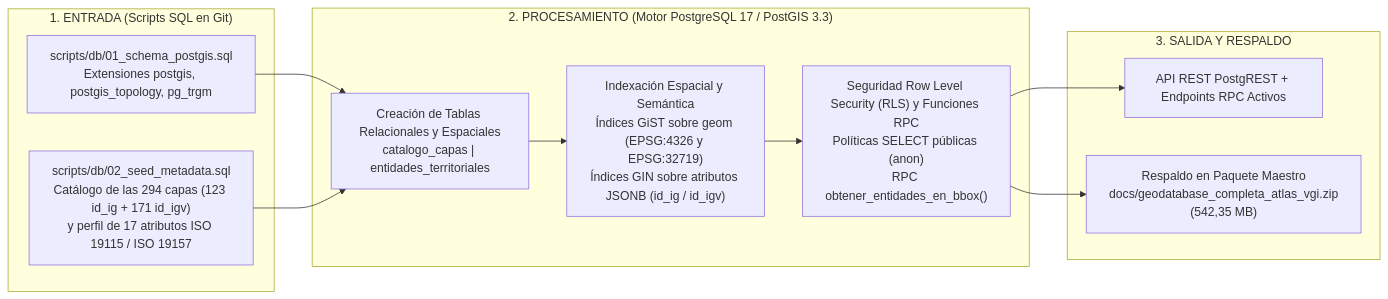
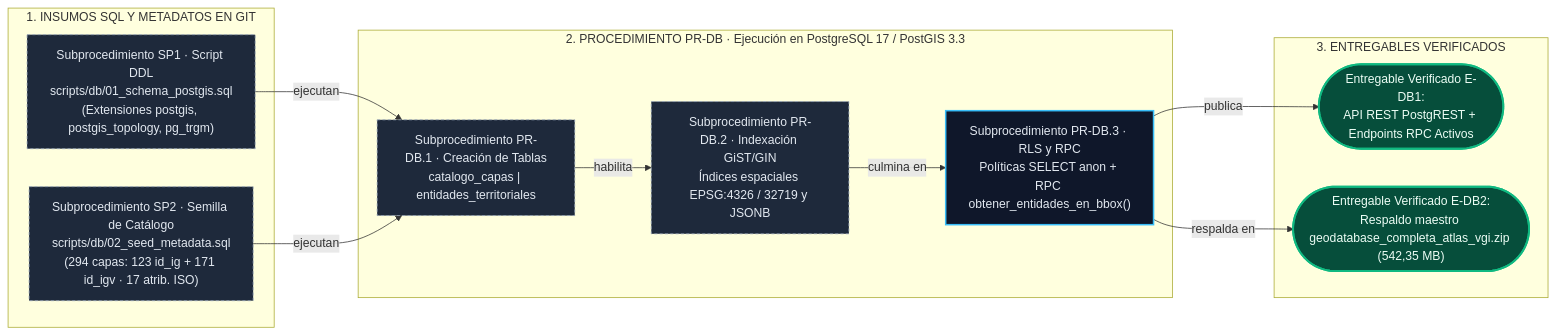
The diagram in src/docs/GUIA_BASE_DATOS_SUPABASE.md (GEOJOTA/atlas-vgi-barrio-brasil), drawn with Mermaid before and after one commit. The commit also changed other lines of this file and 44 other files, not shown here.

Commit message:
feat(atlas): lectura dinamica A/A+/A++, pausa puntual en Inspector PRC, mapa base en simbologia, capas VGI exhaustivas y flujo procedimiento-entregable (v74)

````diff
--- a/src/docs/GUIA_BASE_DATOS_SUPABASE.md
+++ b/src/docs/GUIA_BASE_DATOS_SUPABASE.md
@@ -22,22 +22,26 @@
 ```mermaid
 flowchart LR
-    subgraph IN["1. ENTRADA (Scripts SQL en Git)"]
-        S1["scripts/db/01_schema_postgis.sql\nExtensiones postgis, postgis_topology, pg_trgm"]
-        S2["scripts/db/02_seed_metadata.sql\nCatálogo de las 294 capas (123 id_ig + 171 id_igv)\ny perfil de 17 atributos ISO 19115 / ISO 19157"]
+    classDef subproc fill:#1e293b,stroke:#94a3b8,stroke-dasharray:4 3,color:#e2e8f0
+    classDef proc fill:#0f172a,stroke:#38bdf8,stroke-width:2px,color:#e2e8f0
+    classDef ent fill:#064e3b,stroke:#10b981,stroke-width:2.5px,color:#ecfdf5
+
+    subgraph IN["1. INSUMOS SQL Y METADATOS EN GIT"]
+        S1["Subprocedimiento SP1 · Script DDL\nscripts/db/01_schema_postgis.sql\n(Extensiones postgis, postgis_topology, pg_trgm)"]:::subproc
+        S2["Subprocedimiento SP2 · Semilla de Catálogo\nscripts/db/02_seed_metadata.sql\n(294 capas: 123 id_ig + 171 id_igv · 17 atrib. ISO)"]:::subproc
     end
 
-    subgraph PROC["2. PROCESAMIENTO (Motor PostgreSQL 17 / PostGIS 3.3)"]
-        P1["Creación de Tablas Relacionales y Espaciales\ncatalogo_capas | entidades_territoriales"]
-        P2["Indexación Espacial y Semántica\nÍndices GiST sobre geom (EPSG:4326 y EPSG:32719)\nÍndices GIN sobre atributos JSONB (id_ig / id_igv)"]
-        P3["Seguridad Row Level Security (RLS) y Funciones RPC\nPolíticas SELECT públicas (anon)\nRPC obtener_entidades_en_bbox()"]
+    subgraph PROC["2. PROCEDIMIENTO PR-DB · Ejecución en PostgreSQL 17 / PostGIS 3.3"]
+        P1["Subprocedimiento PR-DB.1 · Creación de Tablas\ncatalogo_capas | entidades_territoriales"]:::subproc
+        P2["Subprocedimiento PR-DB.2 · Indexación GiST/GIN\nÍndices espaciales EPSG:4326 / 32719 y JSONB"]:::subproc
+        P3["Subprocedimiento PR-DB.3 · RLS y RPC\nPolíticas SELECT anon + RPC obtener_entidades_en_bbox()"]:::proc
     end
 
-    subgraph OUT["3. SALIDA Y RESPALDO"]
-        O1["API REST PostgREST + Endpoints RPC Activos"]
-        O2["Respaldo en Paquete Maestro\ndocs/geodatabase_completa_atlas_vgi.zip\n(542,35 MB)"]
+    subgraph OUT["3. ENTREGABLES VERIFICADOS"]
+        O1(["Entregable Verificado E-DB1:\nAPI REST PostgREST + Endpoints RPC Activos"]):::ent
+        O2(["Entregable Verificado E-DB2:\nRespaldo maestro geodatabase_completa_atlas_vgi.zip (542,35 MB)"]):::ent
     end
 
-    S1 --> P1 --> P2 --> P3 --> O1
-    S2 --> P1
-    P3 --> O2
+    S1 & S2 -->|"ejecutan"| P1 -->|"habilita"| P2 -->|"culmina en"| P3
+    P3 -->|"publica"| O1
+    P3 -->|"respalda en"| O2
 ```
````
